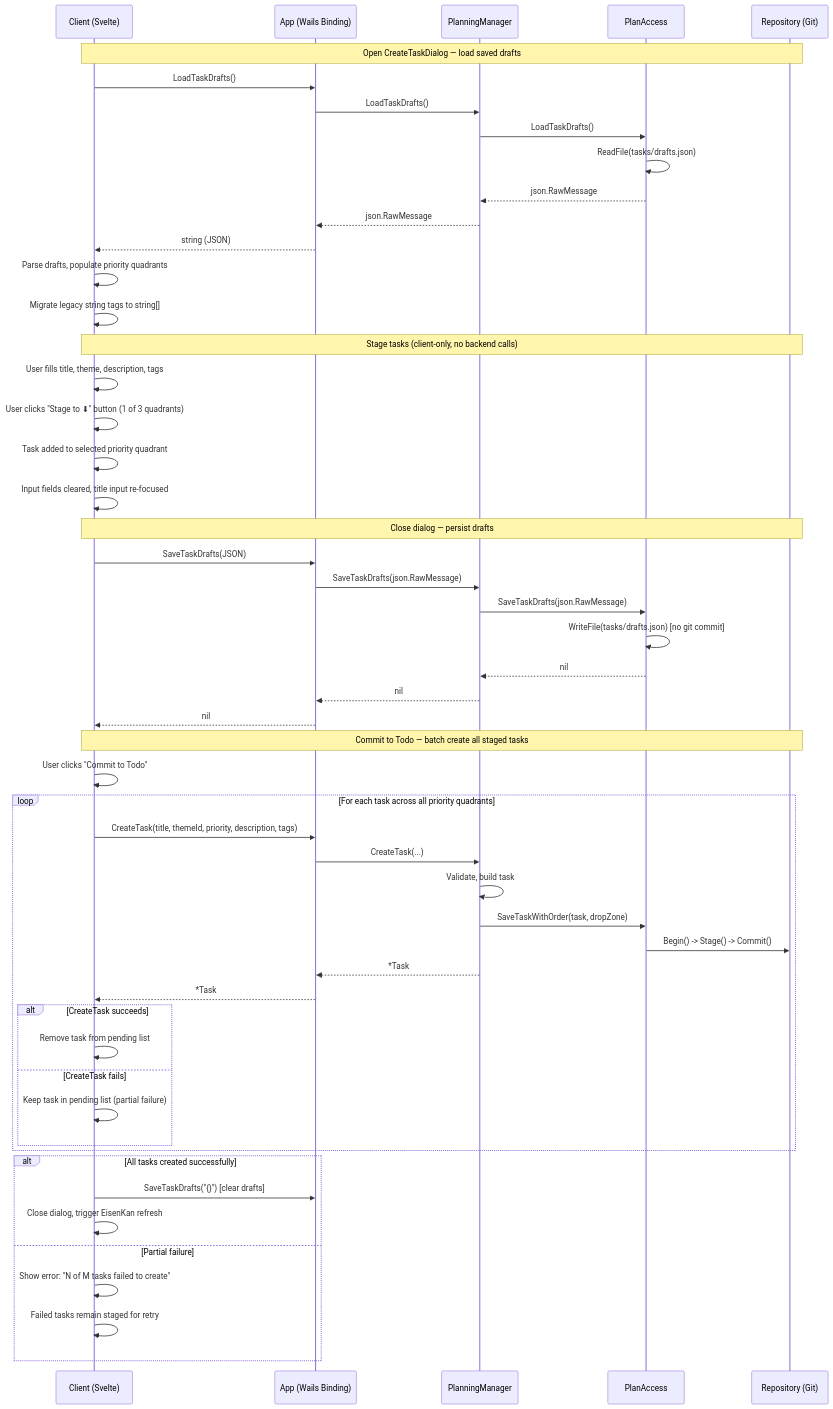
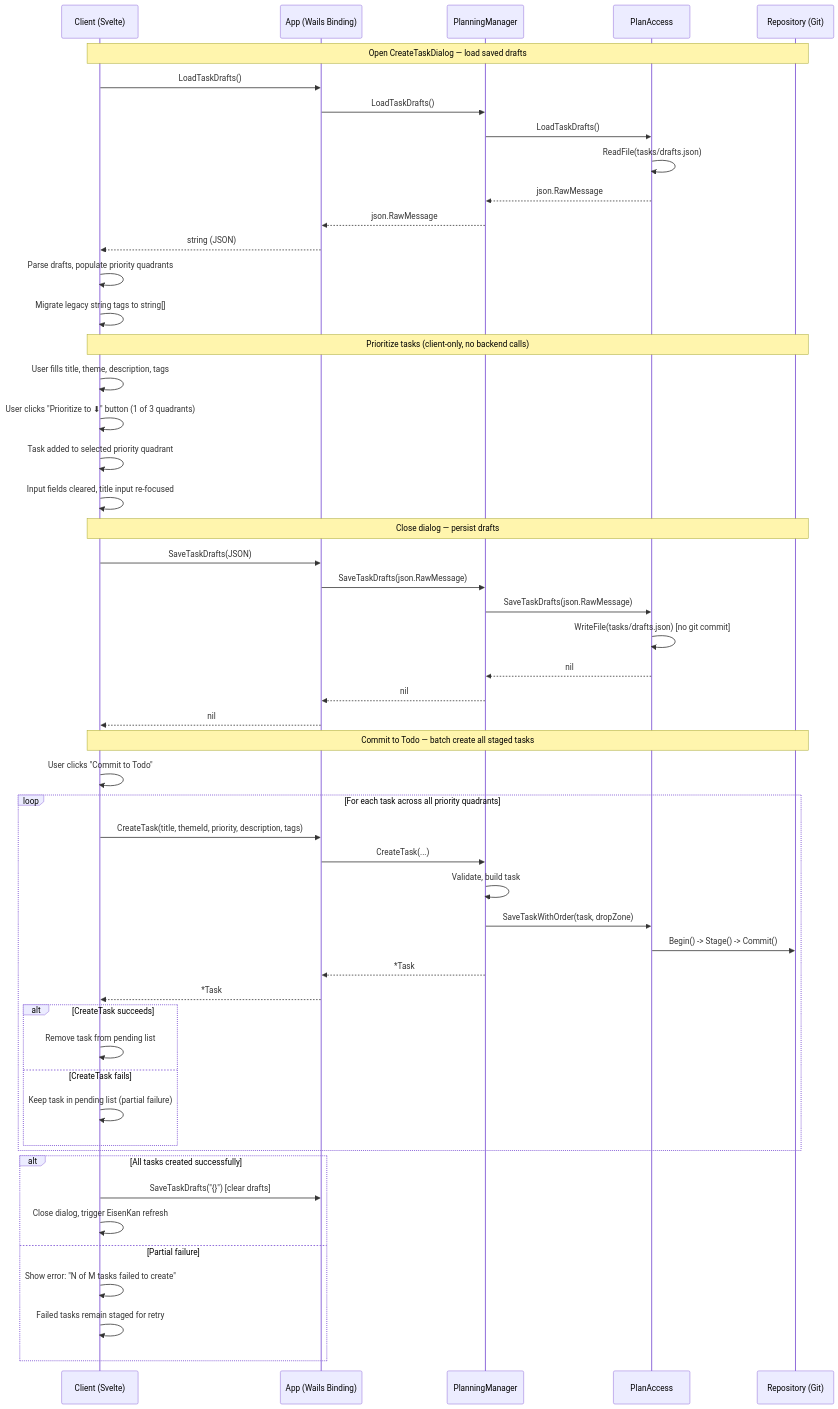
The diagram in doc/architecture/diagrams/15-batch-task-creation.mmd (rknuus/Bearing), drawn with Mermaid before and after one commit. The commit also changed 8 other files, not shown here.

First line of the commit message:
Issue #79: rename "Stage to" buttons to "Prioritize to"

```diff
--- a/doc/architecture/diagrams/15-batch-task-creation.mmd
+++ b/doc/architecture/diagrams/15-batch-task-creation.mmd
@@ -1,57 +1,57 @@
 sequenceDiagram
     participant C as Client (Svelte)
     participant A as App (Wails Binding)
     participant PM as PlanningManager
     participant PA as PlanAccess
     participant R as Repository (Git)
 
     Note over C,R: Open CreateTaskDialog — load saved drafts
     C->>A: LoadTaskDrafts()
     A->>PM: LoadTaskDrafts()
     PM->>PA: LoadTaskDrafts()
     PA->>PA: ReadFile(tasks/drafts.json)
     PA-->>PM: json.RawMessage
     PM-->>A: json.RawMessage
     A-->>C: string (JSON)
     C->>C: Parse drafts, populate priority quadrants
     C->>C: Migrate legacy string tags to string[]
 
-    Note over C,R: Stage tasks (client-only, no backend calls)
+    Note over C,R: Prioritize tasks (client-only, no backend calls)
     C->>C: User fills title, theme, description, tags
-    C->>C: User clicks "Stage to ⬇" button (1 of 3 quadrants)
+    C->>C: User clicks "Prioritize to ⬇" button (1 of 3 quadrants)
     C->>C: Task added to selected priority quadrant
     C->>C: Input fields cleared, title input re-focused
 
     Note over C,R: Close dialog — persist drafts
     C->>A: SaveTaskDrafts(JSON)
     A->>PM: SaveTaskDrafts(json.RawMessage)
     PM->>PA: SaveTaskDrafts(json.RawMessage)
     PA->>PA: WriteFile(tasks/drafts.json) [no git commit]
     PA-->>PM: nil
     PM-->>A: nil
     A-->>C: nil
 
     Note over C,R: Commit to Todo — batch create all staged tasks
     C->>C: User clicks "Commit to Todo"
     loop For each task across all priority quadrants
         C->>A: CreateTask(title, themeId, priority, description, tags)
         A->>PM: CreateTask(...)
         PM->>PM: Validate, build task
         PM->>PA: SaveTaskWithOrder(task, dropZone)
         PA->>R: Begin() -> Stage() -> Commit()
         PM-->>A: *Task
         A-->>C: *Task
         alt CreateTask succeeds
             C->>C: Remove task from pending list
         else CreateTask fails
             C->>C: Keep task in pending list (partial failure)
         end
     end
 
     alt All tasks created successfully
         C->>A: SaveTaskDrafts("{}") [clear drafts]
         C->>C: Close dialog, trigger EisenKan refresh
     else Partial failure
         C->>C: Show error: "N of M tasks failed to create"
         C->>C: Failed tasks remain staged for retry
     end
```
